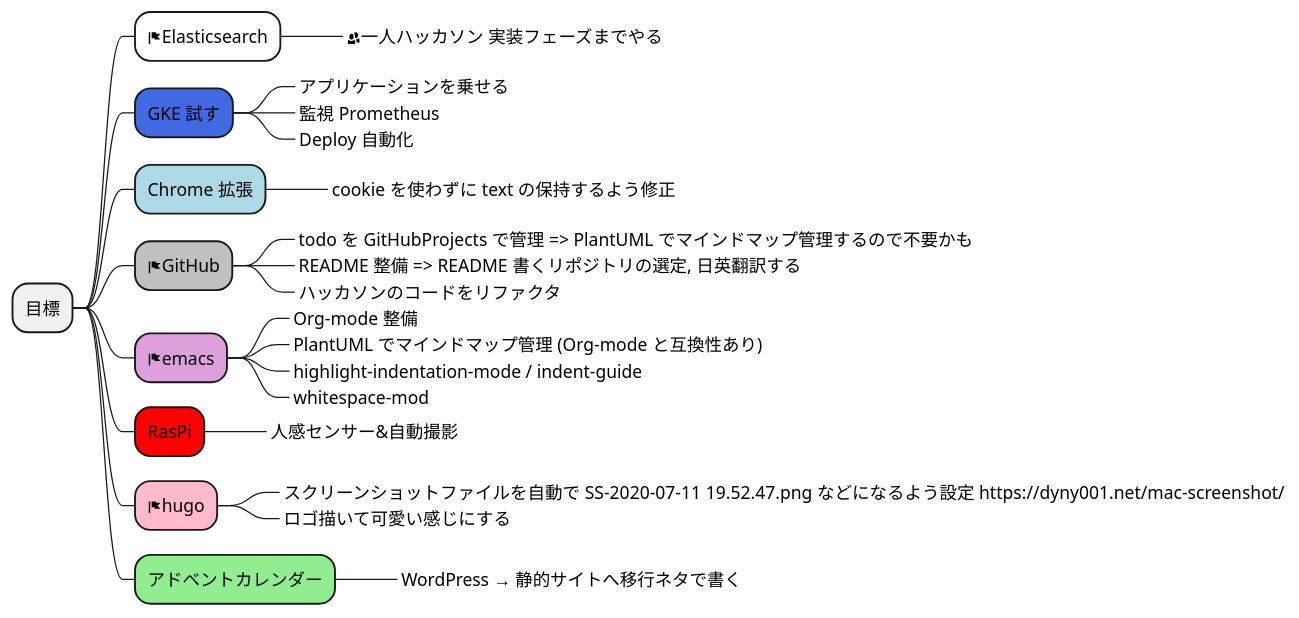
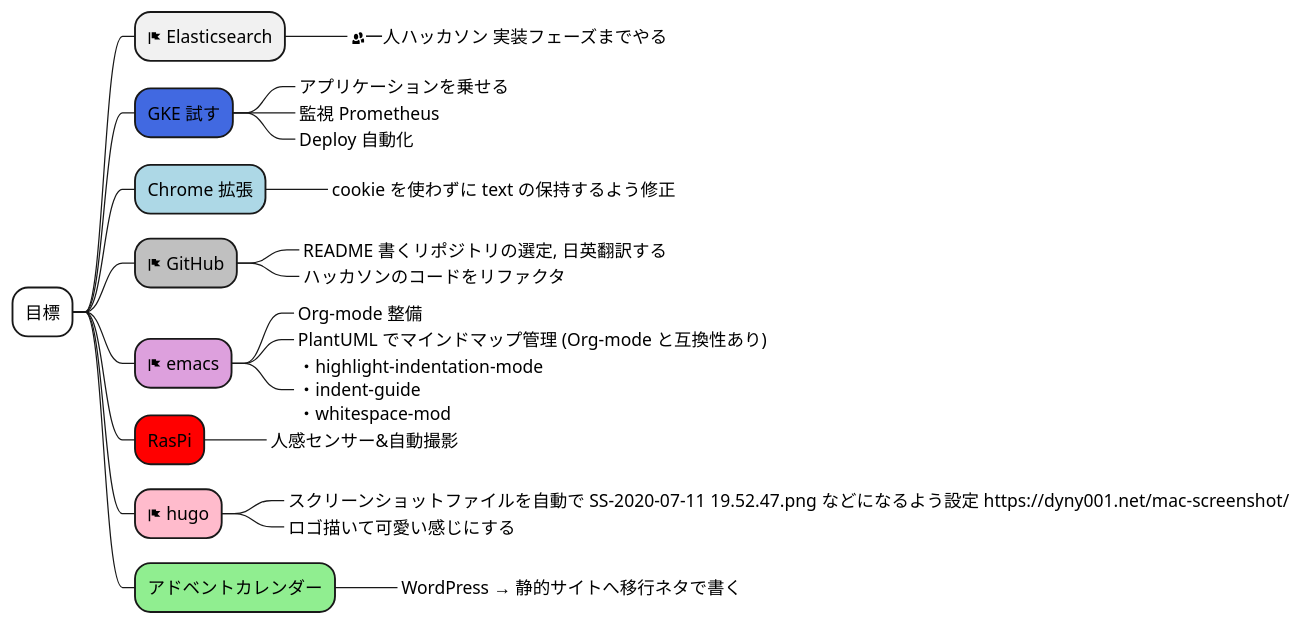
One commit to Ishizuka427/MindMap changed the diagram in test.puml. Above: the diagram before and after it, drawn with PlantUML.

```diff
--- a/test.puml
+++ b/test.puml
@@ -1,27 +1,25 @@
 @startmindmap
-* 目標
-**[#white] <&flag>Elasticsearch
+*[#white] 目標
+** <&flag> Elasticsearch
 ***_ <&people>一人ハッカソン 実装フェーズまでやる
 **[#royalblue] GKE 試す
 ***_ アプリケーションを乗せる
 ***_ 監視 Prometheus
 ***_ Deploy 自動化 
 **[#lightblue] Chrome 拡張
 ***_ cookie を使わずに text の保持するよう修正
-**[#silver] <&flag>GitHub
-***_ todo を GitHubProjects で管理 => PlantUML でマインドマップ管理するので不要かも
-***_ README 整備 => README 書くリポジトリの選定, 日英翻訳する
+**[#silver] <&flag> GitHub
+***_ README 書くリポジトリの選定, 日英翻訳する
 ***_ ハッカソンのコードをリファクタ
-**[#plum] <&flag>emacs
+**[#plum] <&flag> emacs
 ***_ Org-mode 整備
 ***_ PlantUML でマインドマップ管理 (Org-mode と互換性あり)
-***_ highlight-indentation-mode / indent-guide
-***_ whitespace-mod
+***_ ・highlight-indentation-mode \n・indent-guide \n・whitespace-mod
 **[#red] RasPi
 ***_ 人感センサー&自動撮影
-**[#FFBBCC] <&flag>hugo
+**[#FFBBCC] <&flag> hugo
 ***_ スクリーンショットファイルを自動で SS-2020-07-11 19.52.47.png などになるよう設定 https://dyny001.net/mac-screenshot/
 ***_ ロゴ描いて可愛い感じにする
 **[#lightgreen] アドベントカレンダー
 ***_ WordPress → 静的サイトへ移行ネタで書く
 @endmindmap
```
